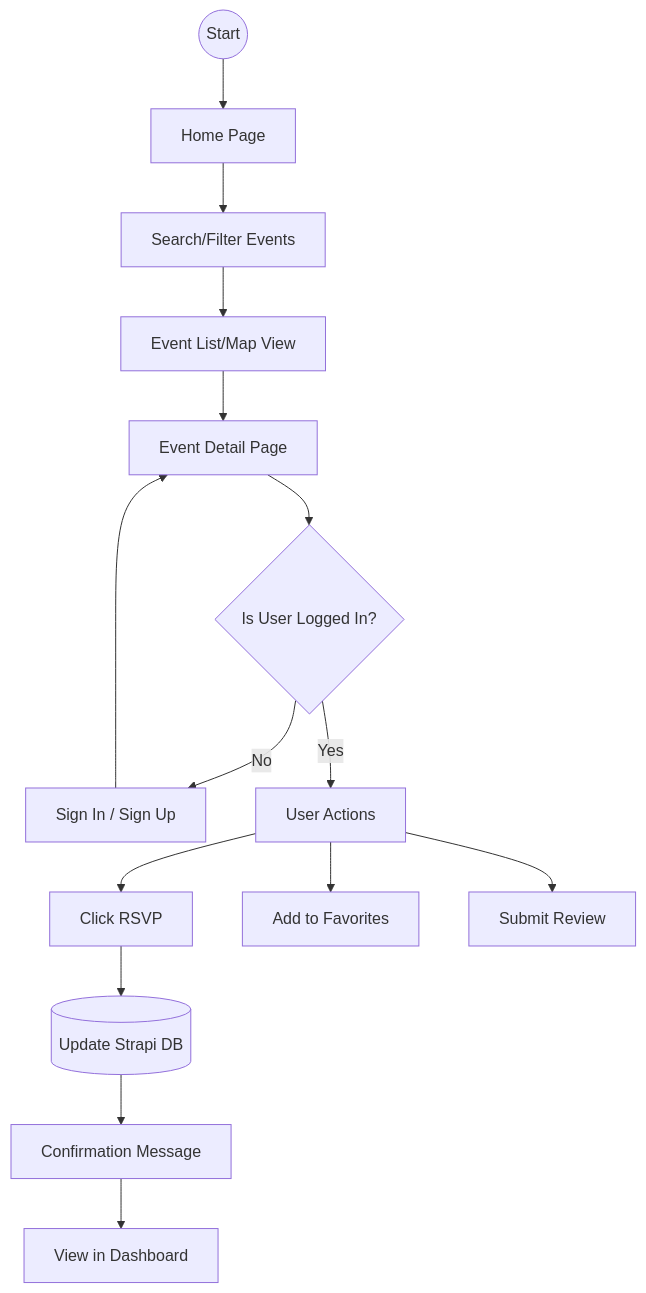
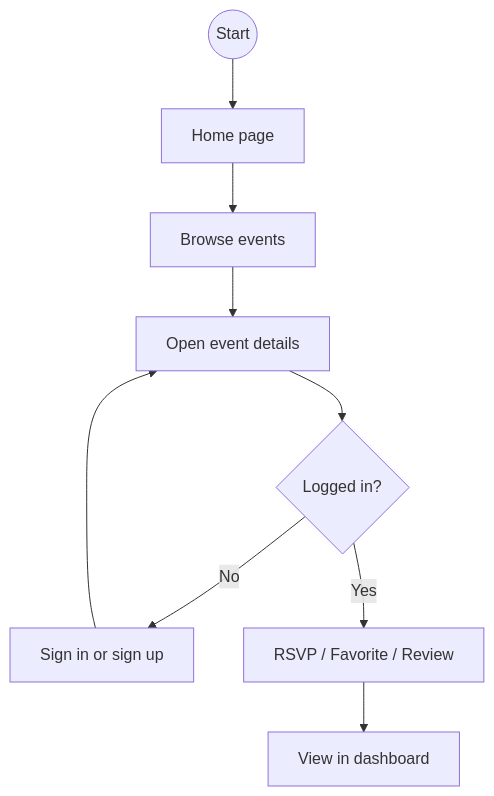
The first of 4 diagrams in project_flowcharts.md (kingpin147/event-discovery-and-comunity-enagagement-plateform), drawn with Mermaid before and after one commit. The commit also changed other lines of this file and 6 other files, not shown here.

Commit message:
Refactor project documentation for unified Next.js application; update README, implementation plan, project instructions, flowcharts, route guide, viva guide, and zero-to-hero guide to reflect current architecture and features.

````diff
--- a/project_flowcharts.md
+++ b/project_flowcharts.md
@@ -9,21 +7,11 @@
 ```mermaid
 graph TD
-    Start((Start)) --> Home[Home Page]
-    Home --> Search[Search/Filter Events]
-    Search --> List[Event List/Map View]
-    List --> Detail[Event Detail Page]
-    
-    Detail --> AuthCheck{Is User Logged In?}
-    
-    AuthCheck -- No --> Login[Sign In / Sign Up]
-    Login --> Detail
-    
-    AuthCheck -- Yes --> Actions[User Actions]
-    Actions --> RSVP[Click RSVP]
-    Actions --> Fav[Add to Favorites]
-    Actions --> Review[Submit Review]
-    
-    RSVP --> DB[(Update Strapi DB)]
-    DB --> Success[Confirmation Message]
-    Success --> Dashboard[View in Dashboard]
+    Start((Start)) --> Home[Home page]
+    Home --> Explore[Browse events]
+    Explore --> Detail[Open event details]
+    Detail --> AuthCheck{Logged in?}
+    AuthCheck -- No --> SignIn[Sign in or sign up]
+    SignIn --> Detail
+    AuthCheck -- Yes --> Actions[RSVP / Favorite / Review]
+    Actions --> Dashboard[View in dashboard]
 ```
````
